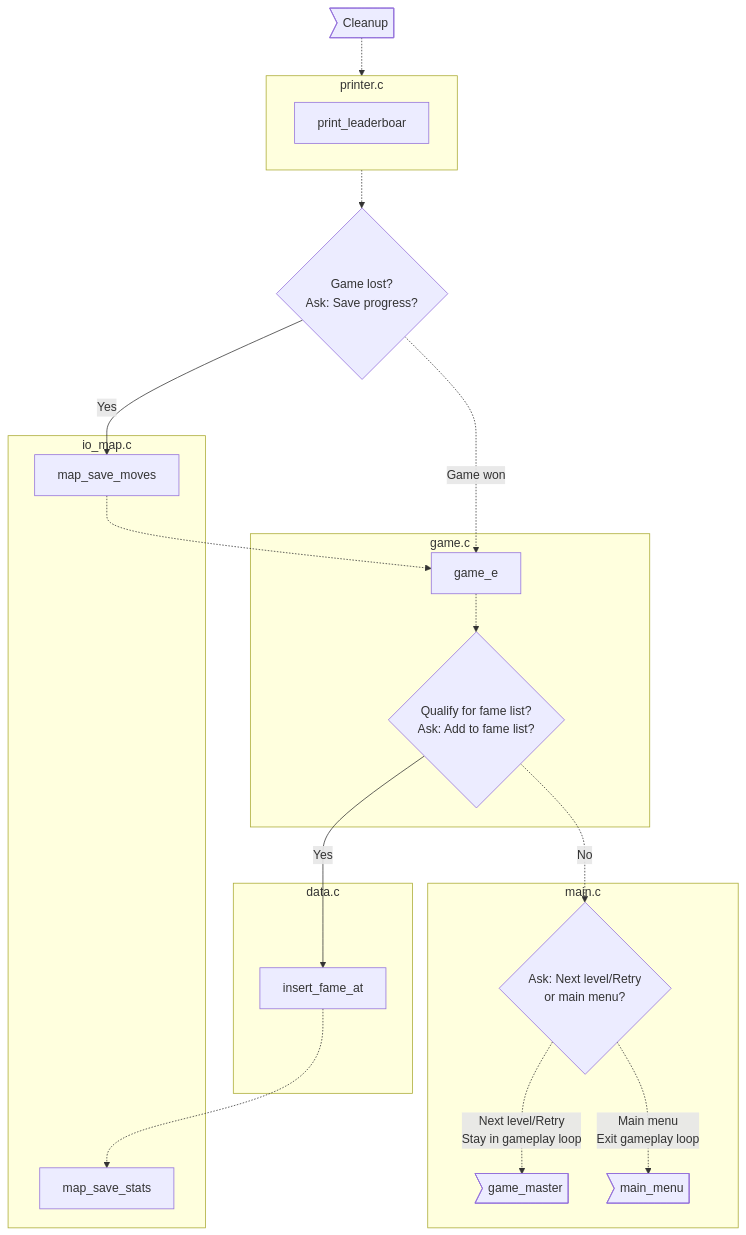
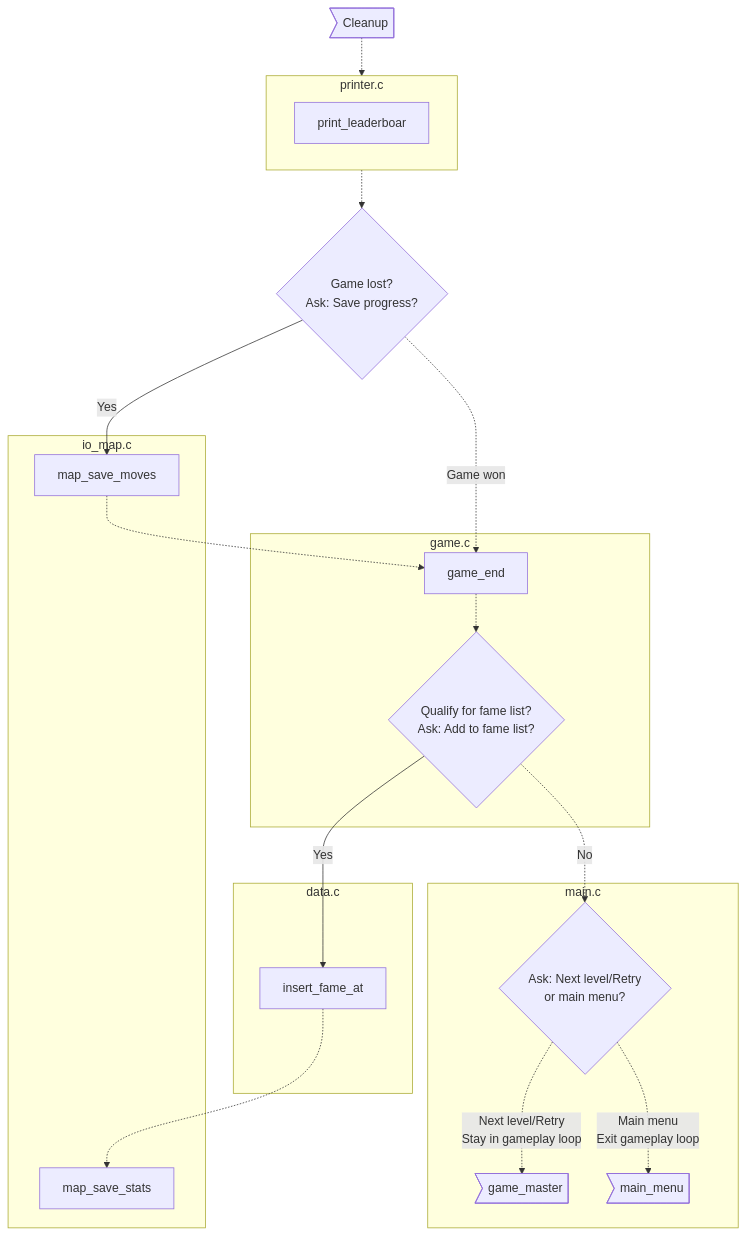
The fourth of 4 diagrams in DEV_DOC.md (zsotroav/Schokoban), drawn with Mermaid before and after one commit. The commit also changed other lines of this file and 1 other file, not shown here.

````diff
--- a/DEV_DOC.md
+++ b/DEV_DOC.md
@@ -166,36 +161,36 @@
 ```mermaid
 
 flowchart TD
    cleanup>Cleanup]
    -.-> printer
    -.-> game_won{Game lost?\nAsk: Save progress?}
-   --> |Yes| map_save_moves -.-> game_e
+   --> |Yes| map_save_moves -.-> game_e["game_end"]
    game_won -.-> |Game won| game_e
 
    subgraph printer[printer.c]
       print_leaderboar
    end 
 
    subgraph io_map[io_map.c]
       map_save_moves
       map_save_stats
    end 
 
    subgraph data[data.c]
         insert_fame_at
    end
 
    subgraph game[game.c]
       game_e -.-> fame_add{Qualify for fame list?\nAsk: Add to fame list?} 
       --> |Yes| insert_fame_at -.-> map_save_stats
 
    end 
     fame_add -.-> |No| ask_continue
    
    subgraph main[main.c]
    ask_continue{Ask: Next level/Retry\nor main menu?}
    -.-> |Next level/Retry\nStay in gameplay loop| game_master>game_master]
    ask_continue -.-> |Main menu\nExit gameplay loop| menu>main_menu]
     
 end
 ```
````
